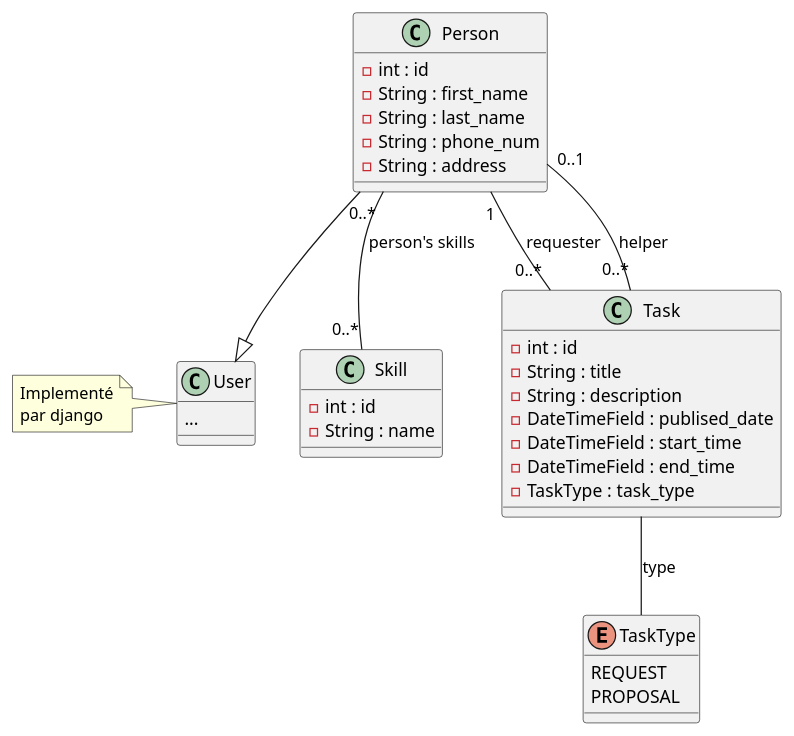
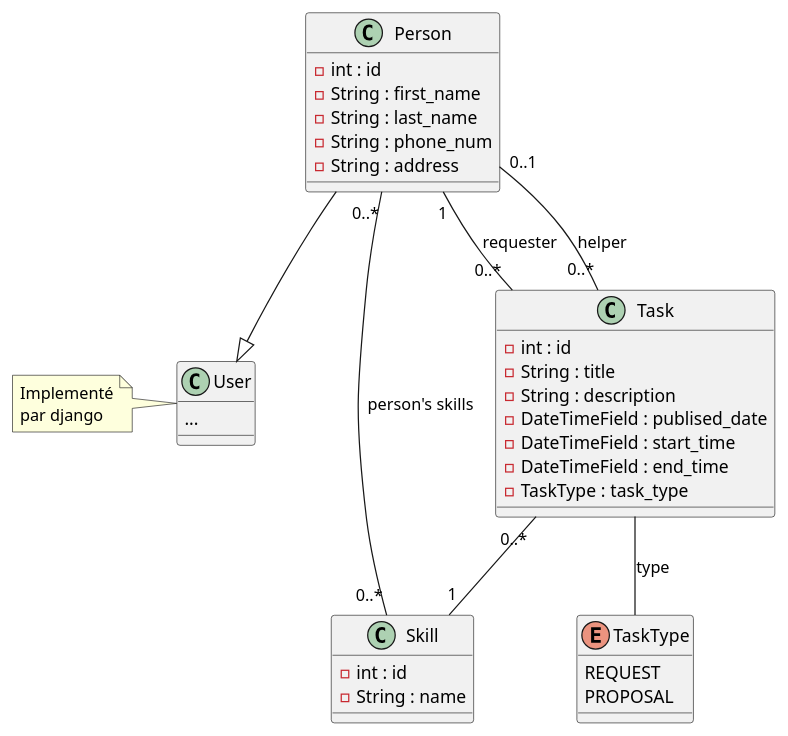
Before and after one commit to rdpt03/FMS-PYDJANGO-EVAL-Partage-Competences: the diagram in Docs/class.puml, drawn with PlantUML.

Commit message:
add Skill -> Task

```diff
--- a/Docs/class.puml
+++ b/Docs/class.puml
@@ -1,48 +1,49 @@
 @startuml
 'https://plantuml.com/class-diagram
 
 
 class Person {
     -int : id
     -String : first_name
     -String : last_name
     -String : phone_num
     -String : address
 }
 class Skill {
     -int : id
     -String : name
 }
 
 class Task {
     -int : id
     -String : title
     -String : description
     -DateTimeField : publised_date
     -DateTimeField : start_time
     -DateTimeField : end_time
     -TaskType : task_type
 }
 
 enum TaskType{
     REQUEST
     PROPOSAL
 }
 
 class User{
     ...
 }
 note left of User
     Implementé
     par django
 end note
 
 ' connections
 Person --|> User
 Person "0..*" -- "0..*" Skill : person's skills
 Person "1" -- "0..*" Task : requester
 Person "0..1" -- "0..*" Task : helper
 Task -- TaskType : type
+Task "0..*" -- "1" Skill
 
 
 @enduml
```
